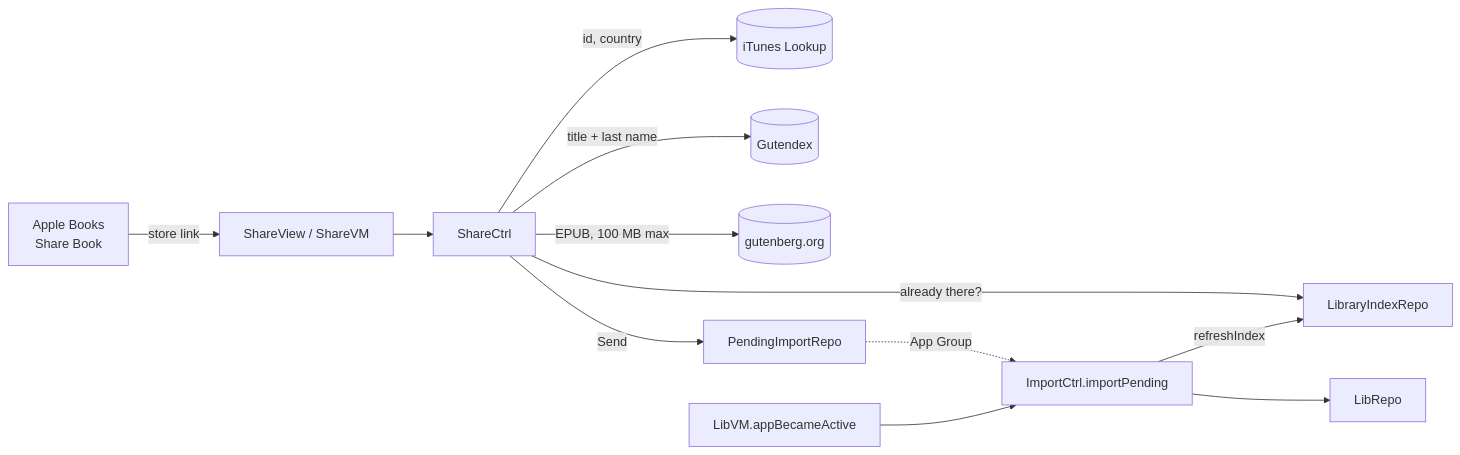
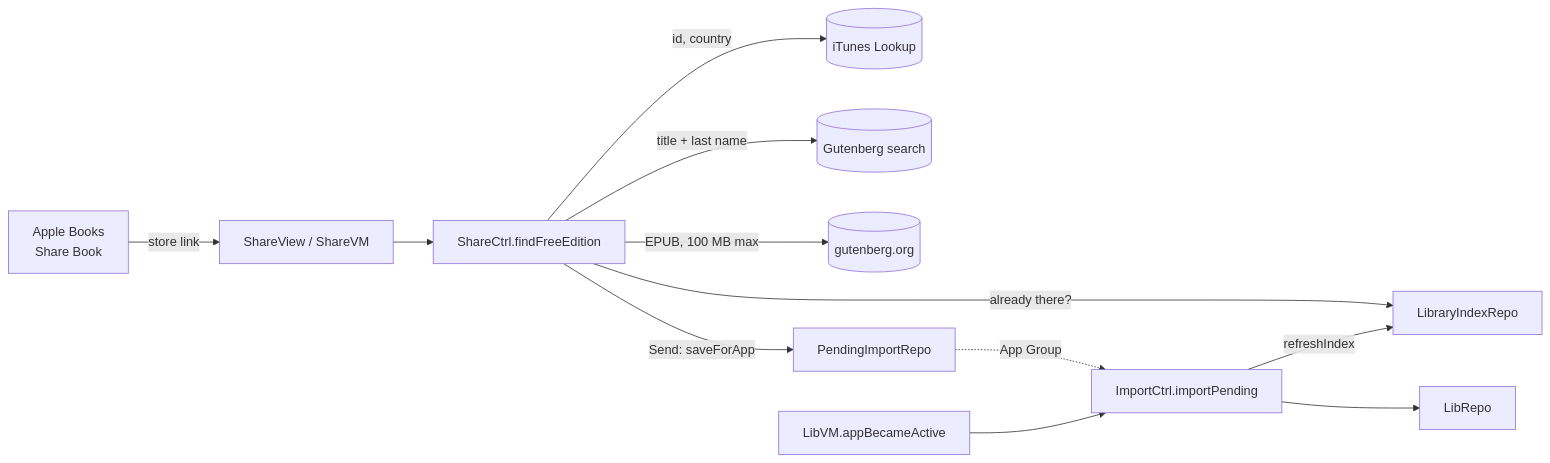
One commit to AftrHours/iRead changed the sixth of 18 diagrams in docs/DIAGRAMS.md. Above: the diagram before and after it, drawn with Mermaid. The commit also changed 16 other files, not shown here.

First line of the commit message:
refactor: [AB] name share import functions after their DFD processes

````diff
--- a/docs/DIAGRAMS.md
+++ b/docs/DIAGRAMS.md
@@ -216,14 +216,14 @@
 ```mermaid
 flowchart LR
     AB[Apple Books<br/>Share Book] -->|store link| SV[ShareView / ShareVM]
-    SV --> SC[ShareCtrl]
+    SV --> SC[ShareCtrl.findFreeEdition]
     SC -->|id, country| IT[(iTunes Lookup)]
-    SC -->|title + last name| GD[(Gutendex)]
+    SC -->|title + last name| GD[(Gutenberg search)]
     SC -->|already there?| LI[LibraryIndexRepo]
     SC -->|EPUB, 100 MB max| GB[(gutenberg.org)]
-    SC -->|Send| PI[PendingImportRepo]
+    SC -->|Send: saveForApp| PI[PendingImportRepo]
     PI -.App Group.-> IC[ImportCtrl.importPending]
     IC --> LR[LibRepo]
     IC -->|refreshIndex| LI
     LV[LibVM.appBecameActive] --> IC
 ```
````
